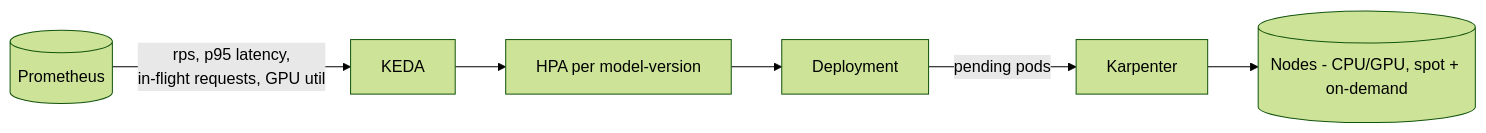
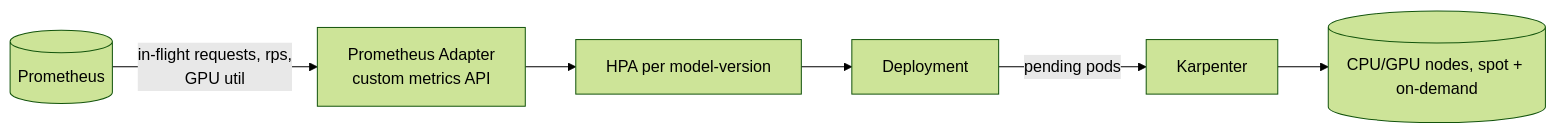
The second of 4 diagrams in docs/DESIGN.md (omegazyadav/cf-assignment), drawn with Mermaid (forest theme) before and after one commit. The commit also changed other lines of this file and 8 other files, not shown here.

````diff
--- a/docs/DESIGN.md
+++ b/docs/DESIGN.md
@@ -82,8 +83,8 @@
 ```mermaid
 flowchart LR
-    prom[(Prometheus)] -->|rps, p95 latency,<br/>in-flight requests, GPU util| keda[KEDA]
-    keda --> hpa[HPA per model-version]
+    prom[(Prometheus)] -->|in-flight requests, rps,<br/>GPU util| adapter[Prometheus Adapter<br/>custom metrics API]
+    adapter --> hpa[HPA per model-version]
     hpa --> dep[Deployment]
     dep -->|pending pods| karp[Karpenter]
-    karp --> nodes[(Nodes - CPU/GPU, spot + on-demand)]
+    karp --> nodes[(CPU/GPU nodes, spot + on-demand)]
 ```
````
